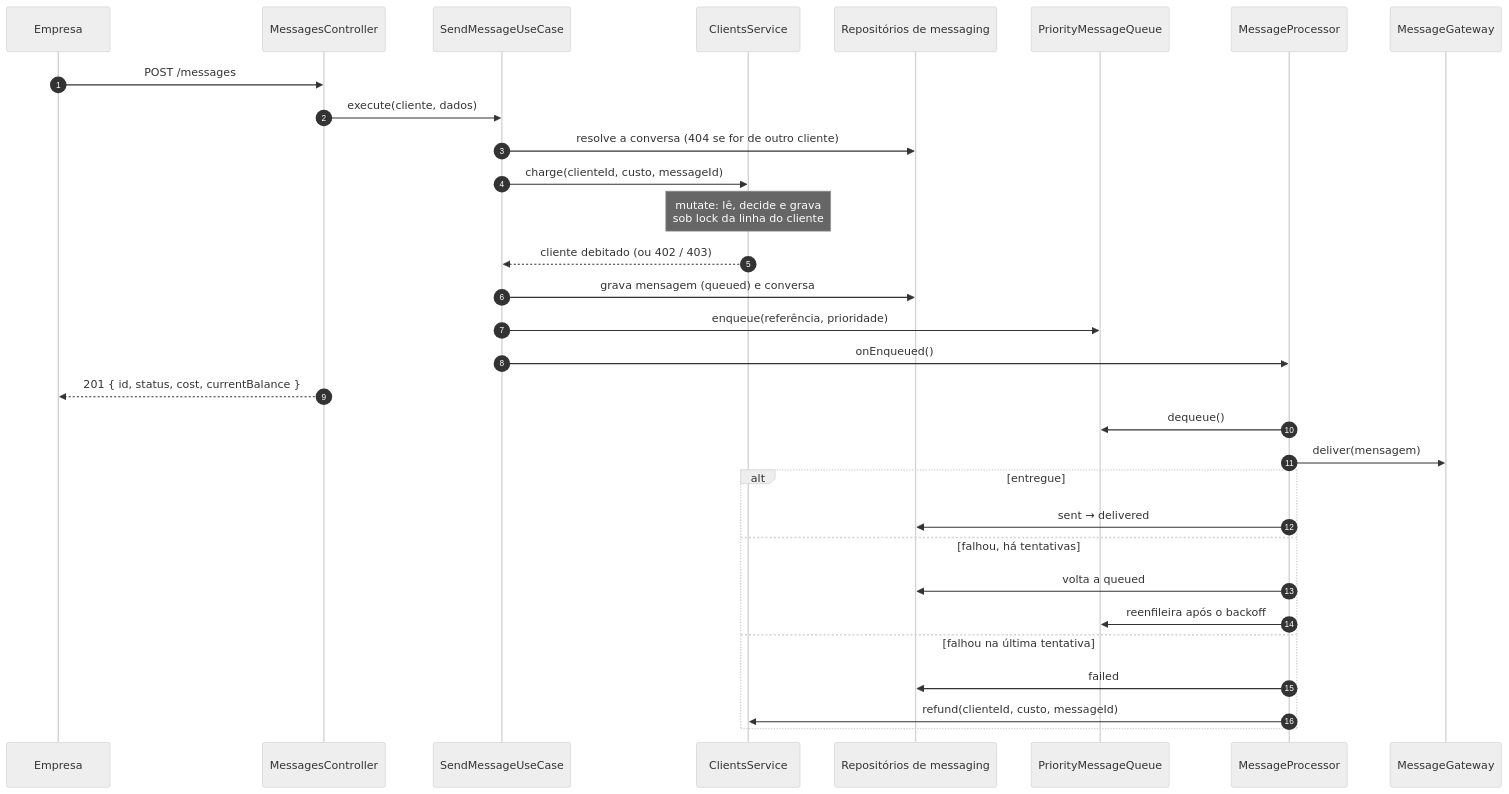
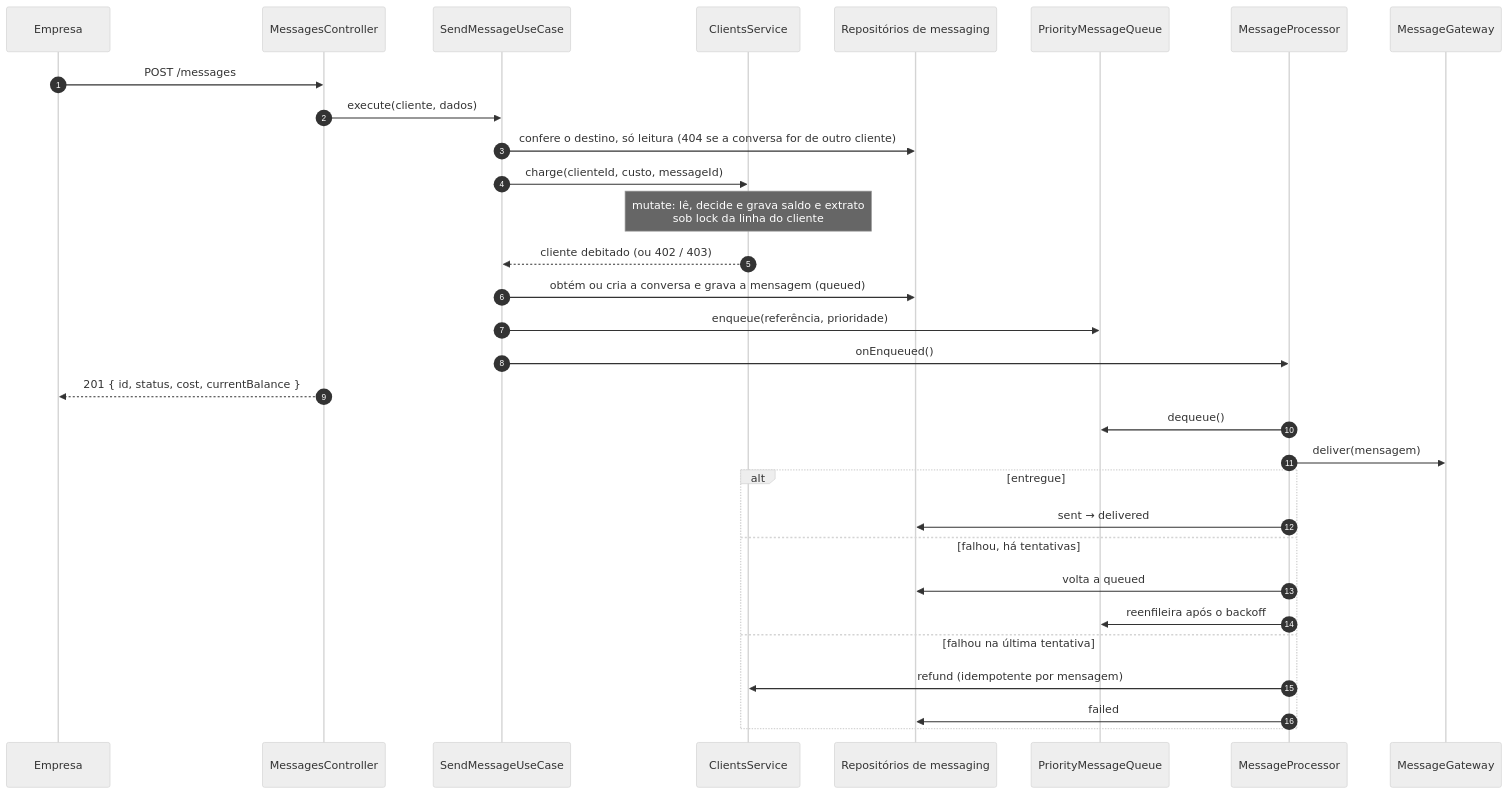
The fourth of 7 diagrams in docs/architecture.md (jleandrodev/bcb-teste), drawn with Mermaid (neutral theme) before and after one commit. The commit also changed other lines of this file and 8 other files, not shown here.

````diff
--- a/docs/architecture.md
+++ b/docs/architecture.md
@@ -68,34 +68,34 @@
 ```mermaid
 sequenceDiagram
     autonumber
     participant C as Empresa
     participant H as MessagesController
     participant U as SendMessageUseCase
     participant S as ClientsService
     participant R as Repositórios de messaging
     participant Q as PriorityMessageQueue
     participant P as MessageProcessor
     participant G as MessageGateway
 
     C->>H: POST /messages
     H->>U: execute(cliente, dados)
-    U->>R: resolve a conversa (404 se for de outro cliente)
+    U->>R: confere o destino, só leitura (404 se a conversa for de outro cliente)
     U->>S: charge(clienteId, custo, messageId)
-    Note over S: mutate: lê, decide e grava<br/>sob lock da linha do cliente
+    Note over S: mutate: lê, decide e grava saldo e extrato<br/>sob lock da linha do cliente
     S-->>U: cliente debitado (ou 402 / 403)
-    U->>R: grava mensagem (queued) e conversa
+    U->>R: obtém ou cria a conversa e grava a mensagem (queued)
     U->>Q: enqueue(referência, prioridade)
     U->>P: onEnqueued()
     H-->>C: 201 { id, status, cost, currentBalance }
     P->>Q: dequeue()
     P->>G: deliver(mensagem)
     alt entregue
         P->>R: sent → delivered
     else falhou, há tentativas
         P->>R: volta a queued
         P->>Q: reenfileira após o backoff
     else falhou na última tentativa
+        P->>S: refund (idempotente por mensagem)
         P->>R: failed
-        P->>S: refund(clienteId, custo, messageId)
     end
 ```
````
